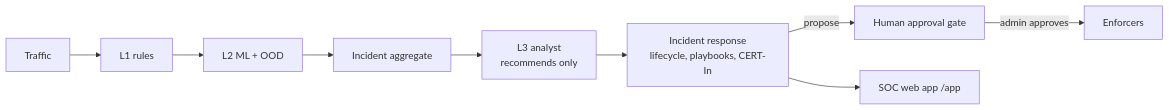
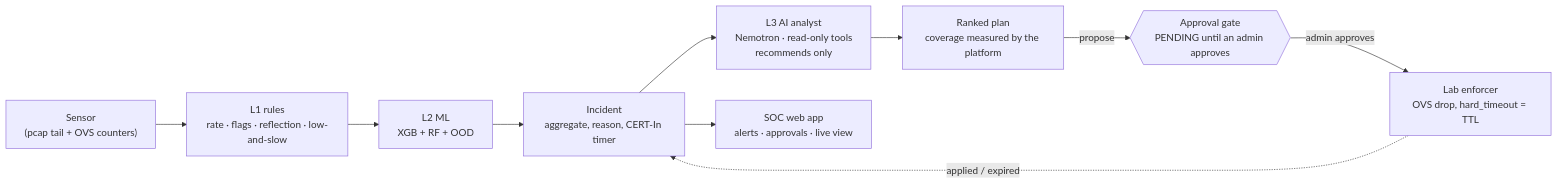
One commit to Shadowprofessor/DDOS-Attack-Detection changed the diagram in README.md. Above: the diagram before and after it, drawn with Mermaid. The commit also changed other lines of this file and 31 other files, not shown here.

````diff
--- a/README.md
+++ b/README.md
@@ -23,7 +39,12 @@
 ```mermaid
 flowchart LR
-  T[Traffic] --> L1[L1 rules] --> L2[L2 ML + OOD] --> AGG[Incident aggregate] --> L3[L3 analyst<br/>recommends only]
-  L3 --> IR[Incident response<br/>lifecycle, playbooks, CERT-In]
-  IR -- propose --> GATE[Human approval gate] -- admin approves --> ENF[Enforcers]
-  IR --> UI[SOC web app /app]
+  S["Sensor<br/>(pcap tail + OVS counters)"] --> L1["L1 rules<br/>rate · flags · reflection · low-and-slow"]
+  L1 --> L2["L2 ML<br/>XGB + RF + OOD"]
+  L2 --> INC["Incident<br/>aggregate, reason, CERT-In timer"]
+  INC --> L3["L3 AI analyst<br/>Nemotron · read-only tools<br/>recommends only"]
+  L3 --> PLAN["Ranked plan<br/>coverage measured by the platform"]
+  PLAN -- propose --> GATE{{"Approval gate<br/>PENDING until an admin approves"}}
+  GATE -- "admin approves" --> ENF["Lab enforcer<br/>OVS drop, hard_timeout = TTL"]
+  ENF -. "applied / expired" .-> INC
+  INC --> UI["SOC web app<br/>alerts · approvals · live view"]
 ```
````
